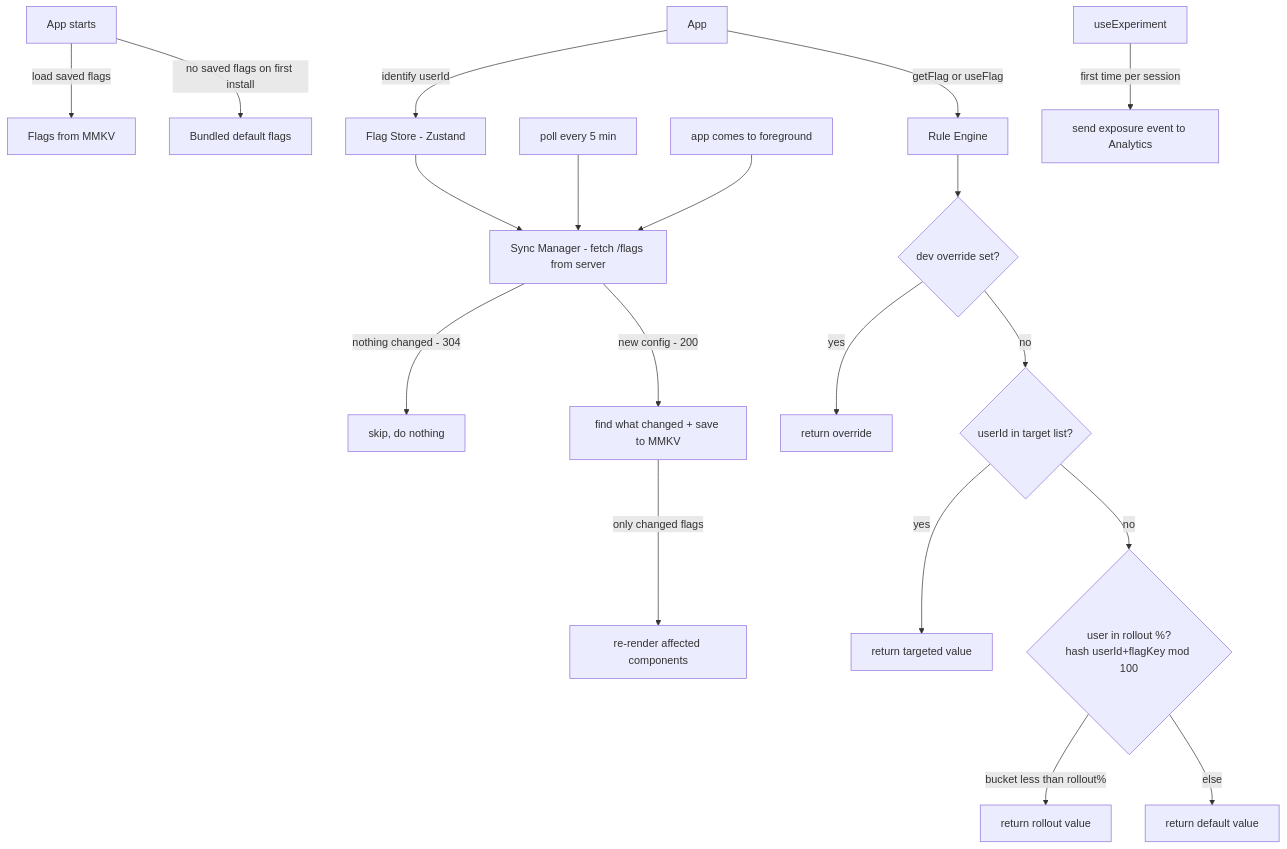
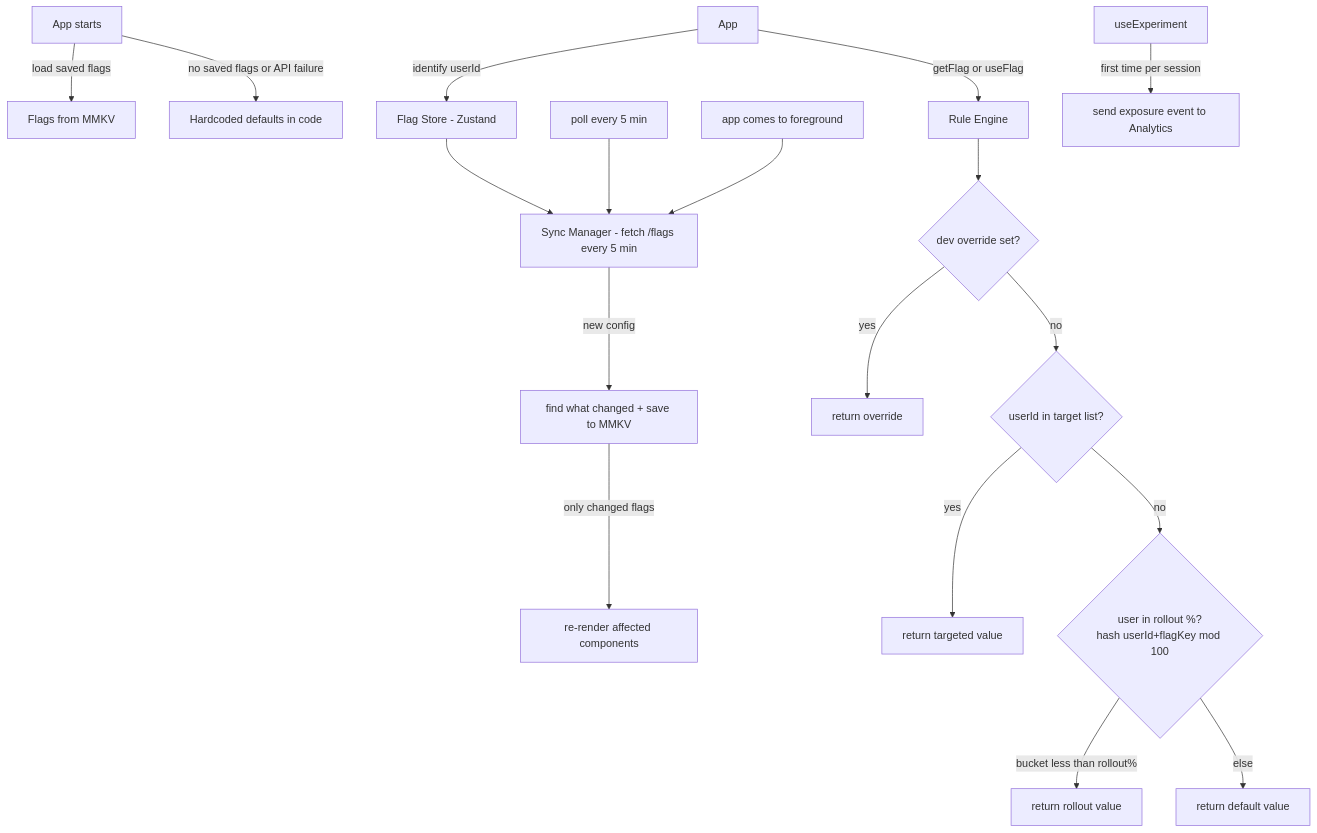
One commit to shubhamd99/private-learnings changed the diagram in GreatFrontend/SystemDesign/DesignFeatureFlag.md. Above: the diagram before and after it, drawn with Mermaid. The commit also changed other lines of this file, not shown here.

````diff
--- a/GreatFrontend/SystemDesign/DesignFeatureFlag.md
+++ b/GreatFrontend/SystemDesign/DesignFeatureFlag.md
@@ -5,25 +5,24 @@
 ```mermaid
 graph TD
     Init[App starts] -->|load saved flags| CACHE[Flags from MMKV]
-    Init -->|no saved flags on first install| BOOTSTRAP[Bundled default flags]
+    Init -->|no saved flags or API failure| DEF2[Hardcoded defaults in code]
 
     App -->|identify userId| STORE[Flag Store - Zustand]
-    STORE --> SYNC[Sync Manager - fetch /flags from server]
-    SYNC -->|nothing changed - 304| SKIP[skip, do nothing]
-    SYNC -->|new config - 200| MERGE[find what changed + save to MMKV]
+    STORE --> SYNC[Sync Manager - fetch /flags every 5 min]
+    SYNC -->|new config| MERGE[find what changed + save to MMKV]
     MERGE -->|only changed flags| NOTIFY[re-render affected components]
 
     POLL[poll every 5 min] --> SYNC
     APP_FG[app comes to foreground] --> SYNC
 
     App -->|getFlag or useFlag| EVAL[Rule Engine]
     EVAL --> OVR{dev override set?}
     OVR -->|yes| OVR_VAL[return override]
     OVR -->|no| SEG{userId in target list?}
     SEG -->|yes| SEG_VAL[return targeted value]
     SEG -->|no| PCT{user in rollout %?\nhash userId+flagKey mod 100}
     PCT -->|bucket less than rollout%| PCT_VAL[return rollout value]
     PCT -->|else| DEF[return default value]
 
     HOOK[useExperiment] -->|first time per session| EXP[send exposure event to Analytics]
 ```
````
